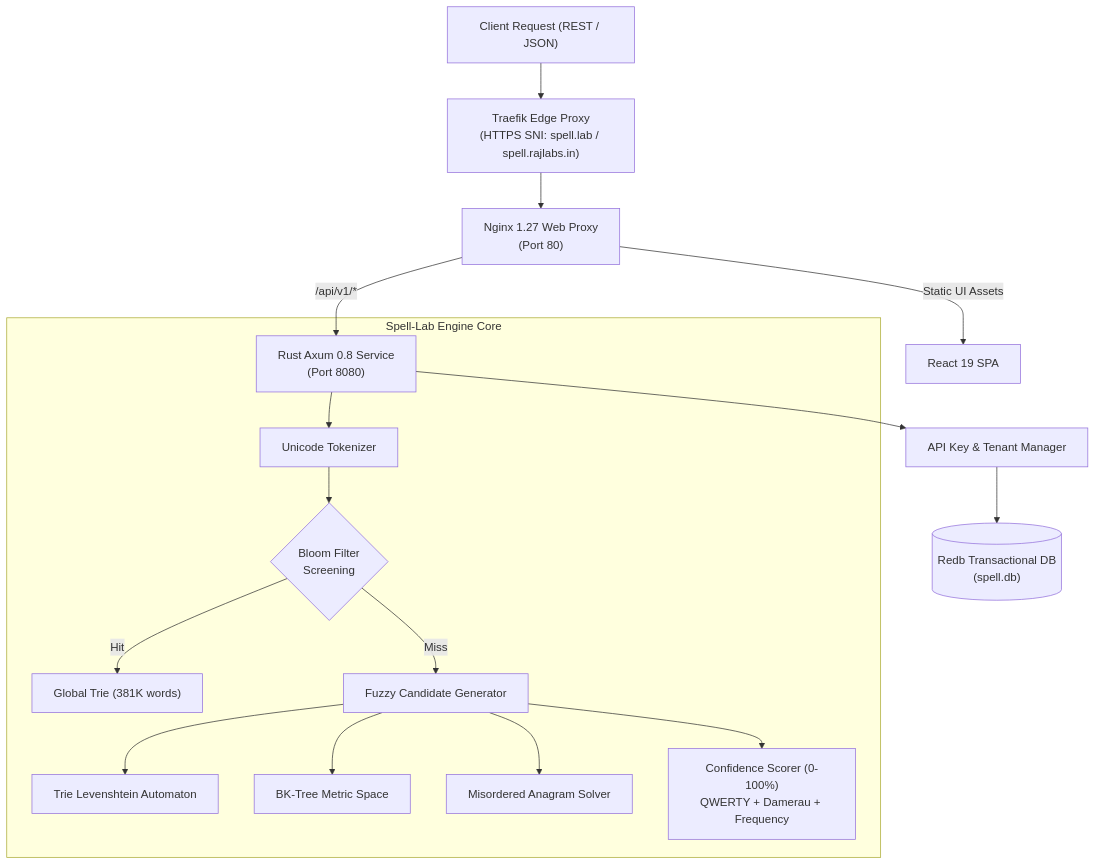
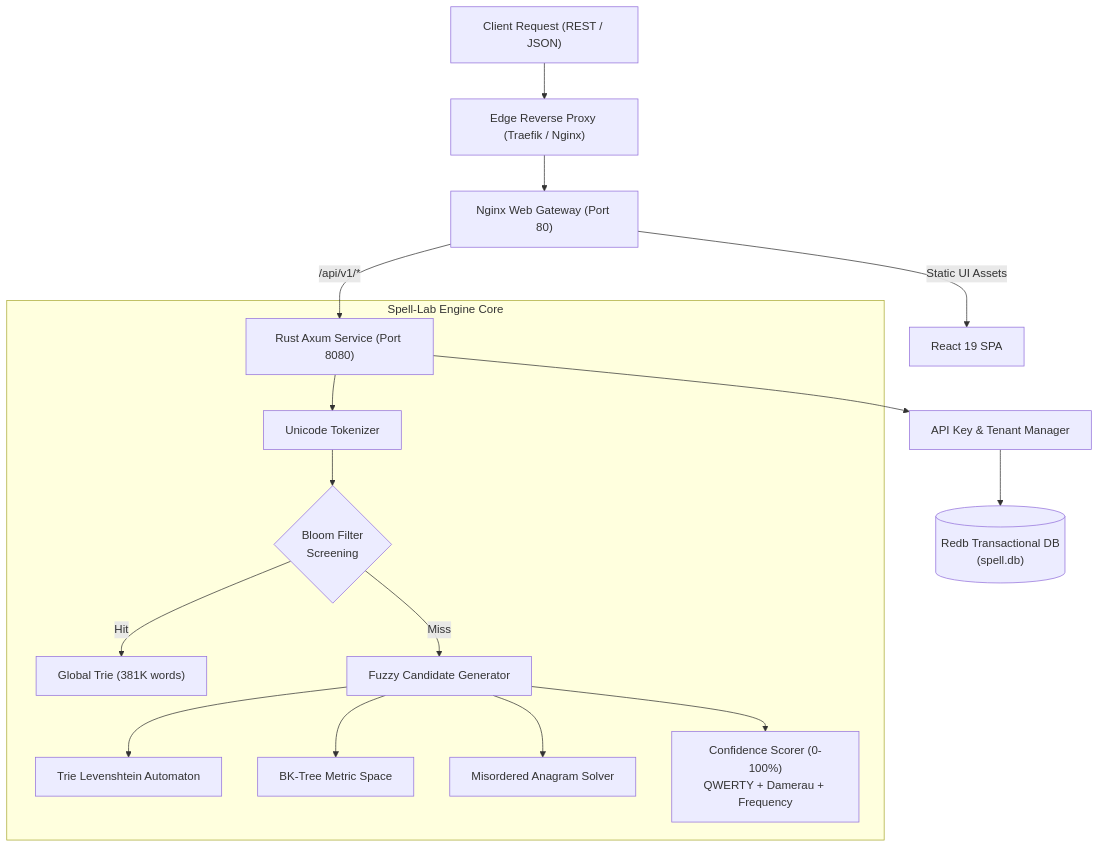
One commit to authoritydmc/spell-lab changed the diagram in README.md. Above: the diagram before and after it, drawn with Mermaid. The commit also changed other lines of this file and 6 other files, not shown here.

````diff
--- a/README.md
+++ b/README.md
@@ -61,21 +61,21 @@
 ```mermaid
 flowchart TD
-    Client["Client Request (REST / JSON)"] --> Traefik["Traefik Edge Proxy\n(HTTPS SNI: spell.lab / spell.rajlabs.in)"]
-    Traefik --> Nginx["Nginx 1.27 Web Proxy\n(Port 80)"]
+    Client["Client Request (REST / JSON)"] --> Proxy["Edge Reverse Proxy (Traefik / Nginx)"]
+    Proxy --> Nginx["Nginx Web Gateway (Port 80)"]
     Nginx -->|Static UI Assets| Browser["React 19 SPA"]
-    Nginx -->|/api/v1/*| Axum["Rust Axum 0.8 Service\n(Port 8080)"]
+    Nginx -->|/api/v1/*| Axum["Rust Axum Service (Port 8080)"]
 
     subgraph Engine["Spell-Lab Engine Core"]
         Axum --> Tokenizer["Unicode Tokenizer"]
         Tokenizer --> Bloom{"Bloom Filter\nScreening"}
         Bloom -- Hit --> GlobalTrie["Global Trie (381K words)"]
         Bloom -- Miss --> CandidateGen["Fuzzy Candidate Generator"]
         CandidateGen --> LevAutomaton["Trie Levenshtein Automaton"]
         CandidateGen --> BKTree["BK-Tree Metric Space"]
         CandidateGen --> Anagram["Misordered Anagram Solver"]
         CandidateGen --> Scorer["Confidence Scorer (0-100%)\nQWERTY + Damerau + Frequency"]
     end
 
     Axum --> Auth["API Key & Tenant Manager"]
     Auth --> Redb[("Redb Transactional DB\n(spell.db)")]
 ```
````
